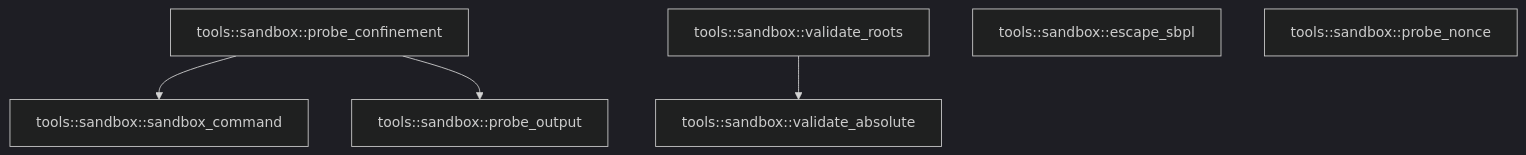
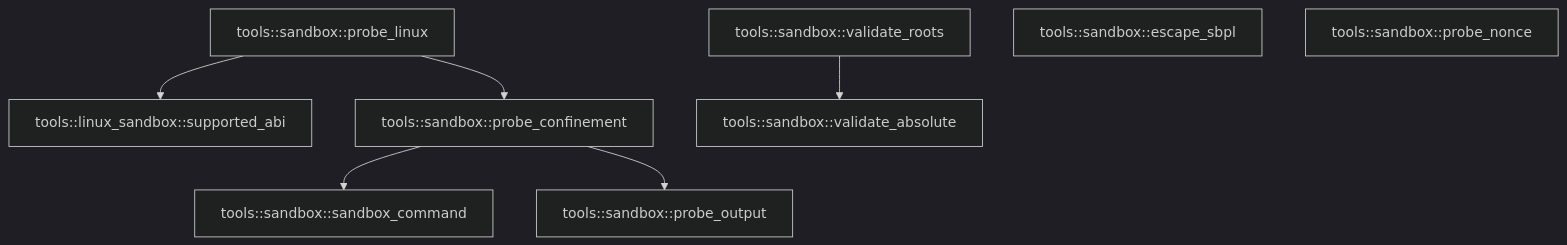
Before and after one commit to TekesApps/TekesKernel: the second of 2 diagrams in crates/tools/docs/generated/src--sandbox.md, drawn with Mermaid (dark theme). The commit also changed other lines of this file and 147 other files, not shown here.

````diff
--- a/crates/tools/docs/generated/src--sandbox.md
+++ b/crates/tools/docs/generated/src--sandbox.md
@@ -144,13 +146,17 @@
 ```mermaid
 flowchart TD
-  n0["tools::sandbox::sandbox_command"]
-  n1["tools::sandbox::probe_confinement"]
-  n2["tools::sandbox::probe_output"]
-  n3["tools::sandbox::validate_roots"]
-  n4["tools::sandbox::validate_absolute"]
-  n5["tools::sandbox::escape_sbpl"]
-  n6["tools::sandbox::probe_nonce"]
-  n1 --> n0
-  n1 --> n2
+  n0["tools::linux_sandbox::supported_abi"]
+  n1["tools::sandbox::sandbox_command"]
+  n2["tools::sandbox::probe_linux"]
+  n3["tools::sandbox::probe_confinement"]
+  n4["tools::sandbox::probe_output"]
+  n5["tools::sandbox::validate_roots"]
+  n6["tools::sandbox::validate_absolute"]
+  n7["tools::sandbox::escape_sbpl"]
+  n8["tools::sandbox::probe_nonce"]
+  n2 --> n0
+  n2 --> n3
+  n3 --> n1
   n3 --> n4
+  n5 --> n6
 ```
````
